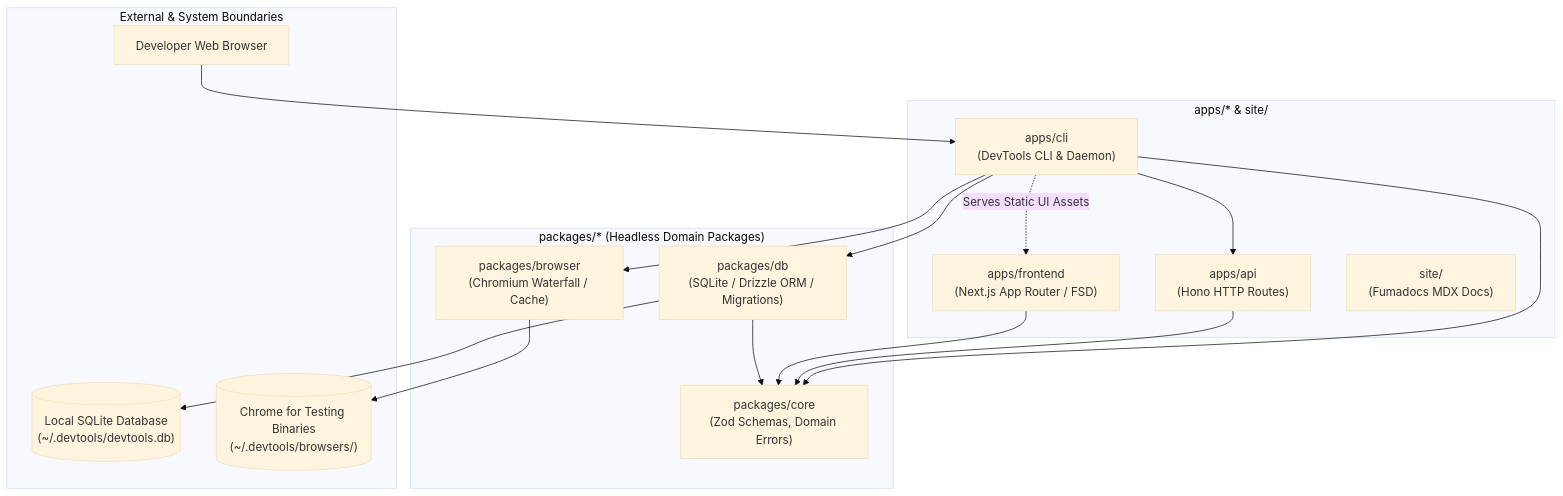
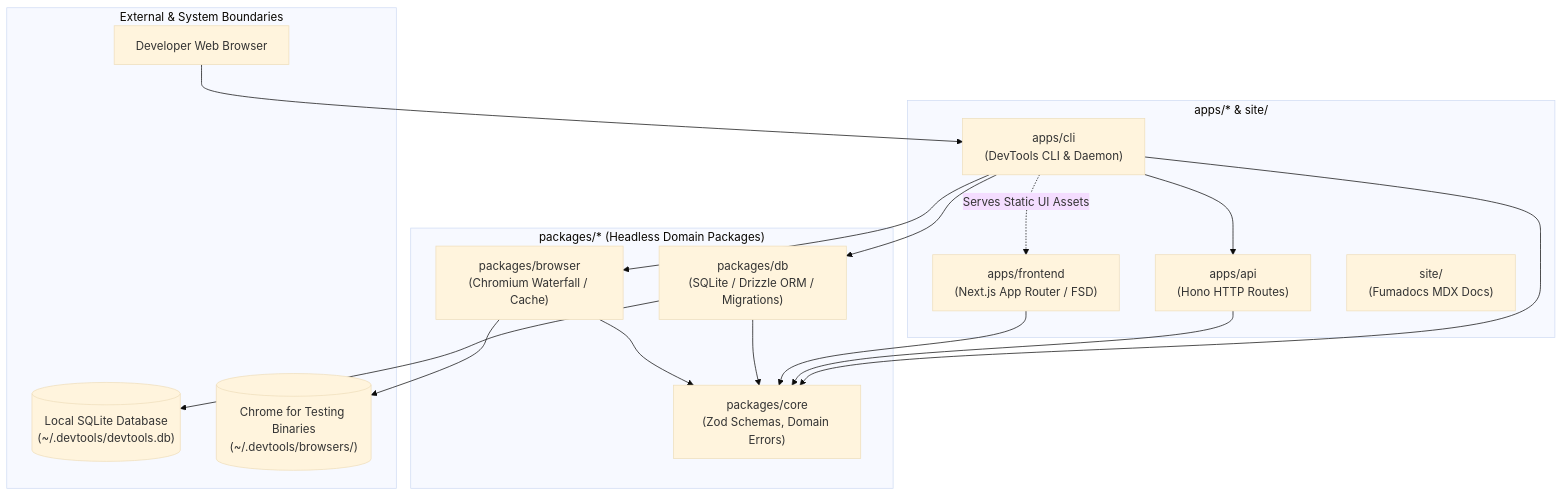
Before and after one commit to ahmedhanye/devtools: the first of 3 diagrams in ARCHITECTURE.md, drawn with Mermaid (base theme). The commit also changed 5 other files, not shown here.

````diff
--- a/ARCHITECTURE.md
+++ b/ARCHITECTURE.md
@@ -20,33 +20,34 @@
 ```mermaid
 graph TD
   subgraph Applications ["apps/* & site/"]
     CLI["apps/cli<br/>(DevTools CLI & Daemon)"]
     API["apps/api<br/>(Hono HTTP Routes)"]
     Frontend["apps/frontend<br/>(Next.js App Router / FSD)"]
     Site["site/<br/>(Fumadocs MDX Docs)"]
   end
 
   subgraph Packages ["packages/* (Headless Domain Packages)"]
     Core["packages/core<br/>(Zod Schemas, Domain Errors)"]
     DB["packages/db<br/>(SQLite / Drizzle ORM / Migrations)"]
     Browser["packages/browser<br/>(Chromium Waterfall / Cache)"]
   end
 
   subgraph External ["External & System Boundaries"]
     SQLiteFile[("Local SQLite Database<br/>(~/.devtools/devtools.db)")]
     CfT[("Chrome for Testing Binaries<br/>(~/.devtools/browsers/)")]
     BrowserClient["Developer Web Browser"]
   end
 
   CLI --> API
   CLI --> Core
   CLI --> DB
   CLI --> Browser
   API --> Core
   Frontend --> Core
   DB --> Core
   DB --> SQLiteFile
+  Browser --> Core
   Browser --> CfT
   BrowserClient --> CLI
   CLI -.->|Serves Static UI Assets| Frontend
 ```
````
